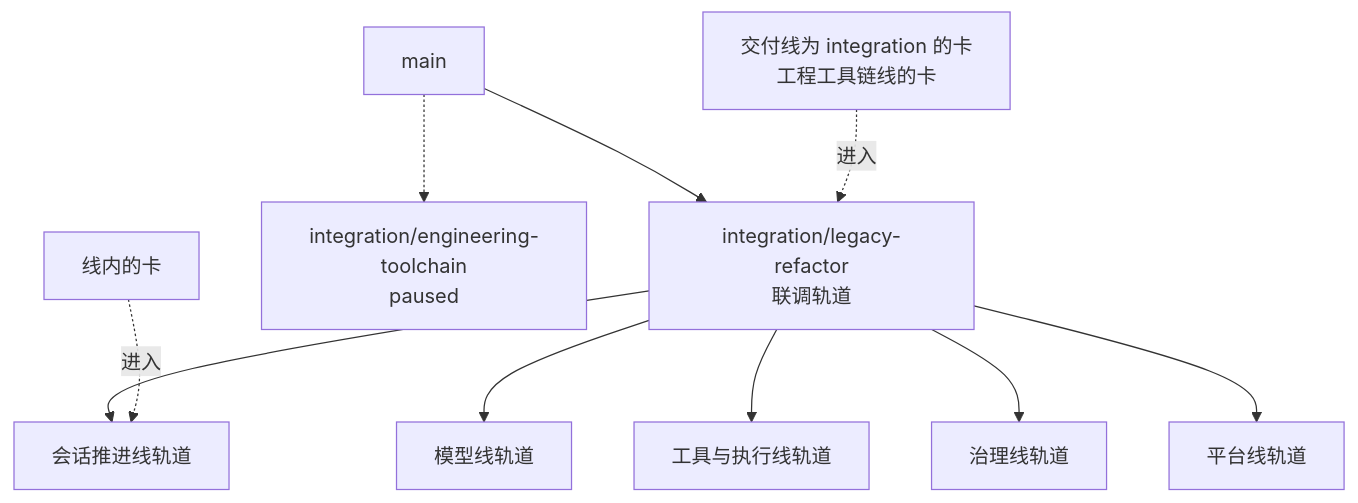
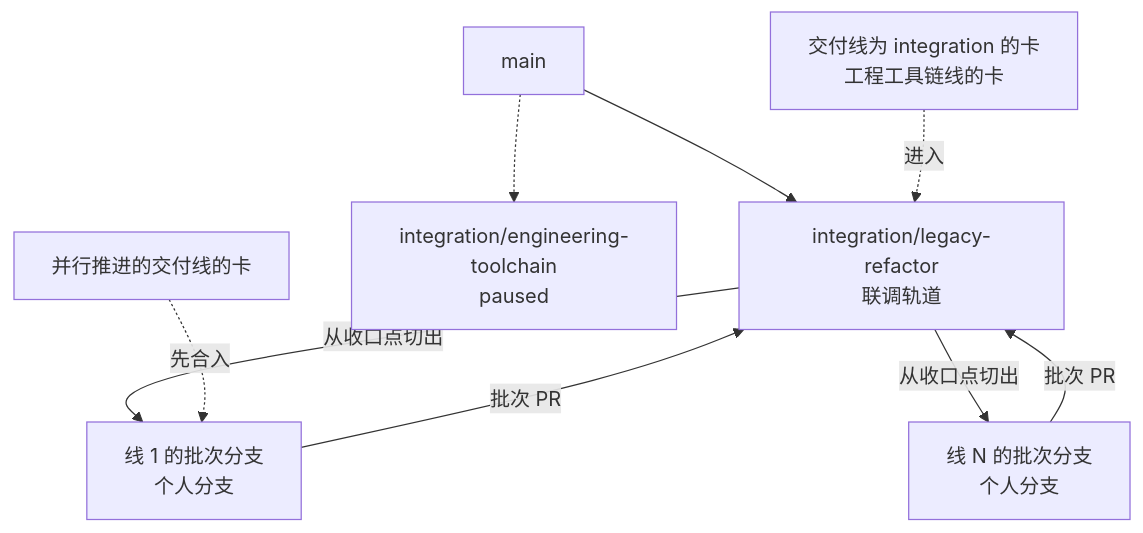
The first of 3 diagrams in docs/engineering/integration.md (nemori-ai/omne-harness-lite), drawn with Mermaid before and after one commit. The commit also changed other lines of this file and 5 other files, not shown here.

````diff
--- a/docs/engineering/integration.md
+++ b/docs/engineering/integration.md
@@ -66,12 +66,11 @@
 ```mermaid
 flowchart TD
   main["main"] --> LR["integration/legacy-refactor<br/>联调轨道"]
   main -.-> ET["integration/engineering-toolchain<br/>paused"]
-  LR --> LS["会话推进线轨道"]
-  LR --> LM["模型线轨道"]
-  LR --> LT["工具与执行线轨道"]
-  LR --> LG["治理线轨道"]
-  LR --> LP["平台线轨道"]
-  CL["线内的卡"] -. 进入 .-> LS
+  LR -->|"从收口点切出"| B1["线 1 的批次分支<br/>个人分支"]
+  LR -->|"从收口点切出"| BN["线 N 的批次分支<br/>个人分支"]
+  B1 -->|"批次 PR"| LR
+  BN -->|"批次 PR"| LR
+  CL["并行推进的交付线的卡"] -. 先合入 .-> B1
   CI["交付线为 integration 的卡<br/>工程工具链线的卡"] -. 进入 .-> LR
 ```
````
